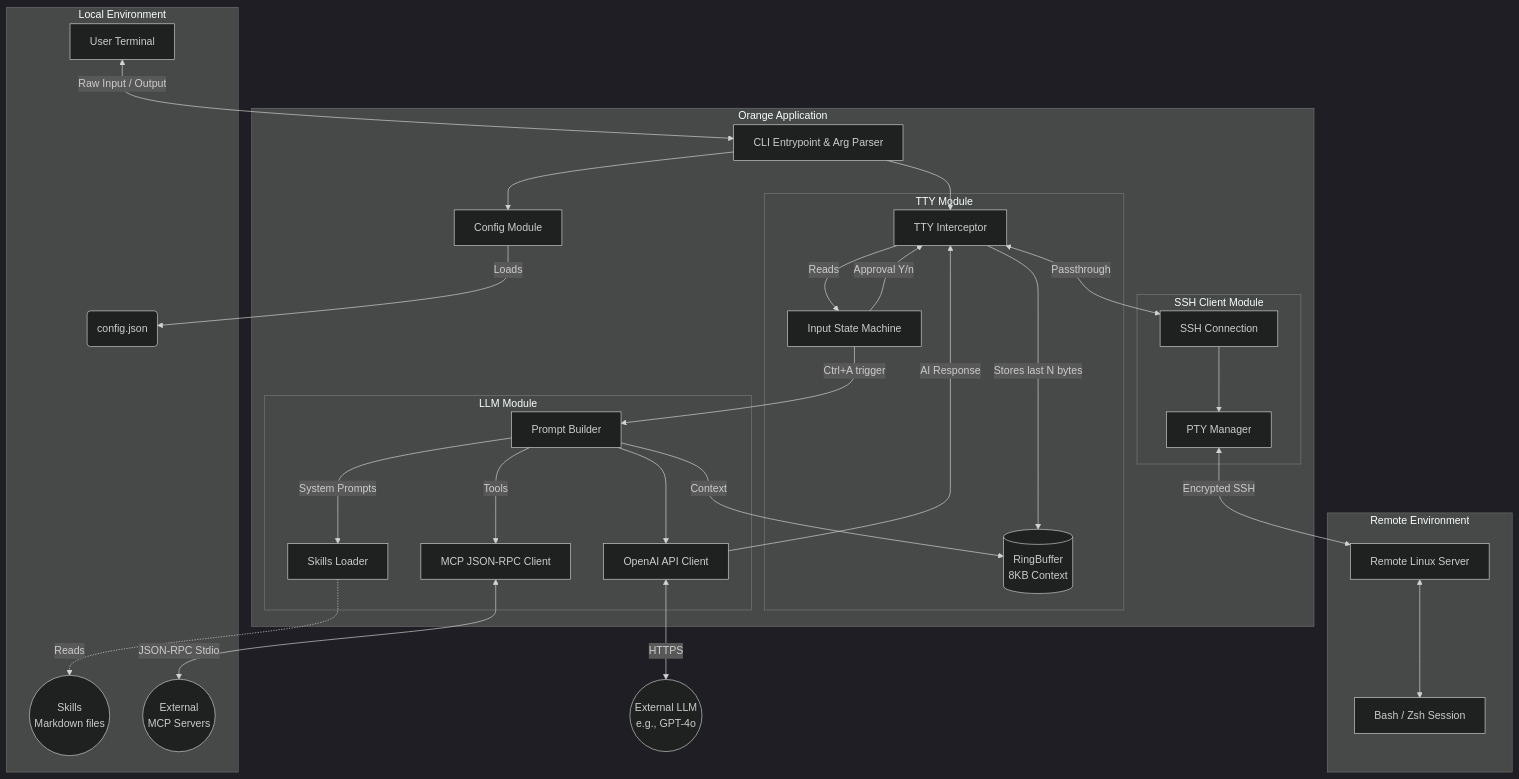
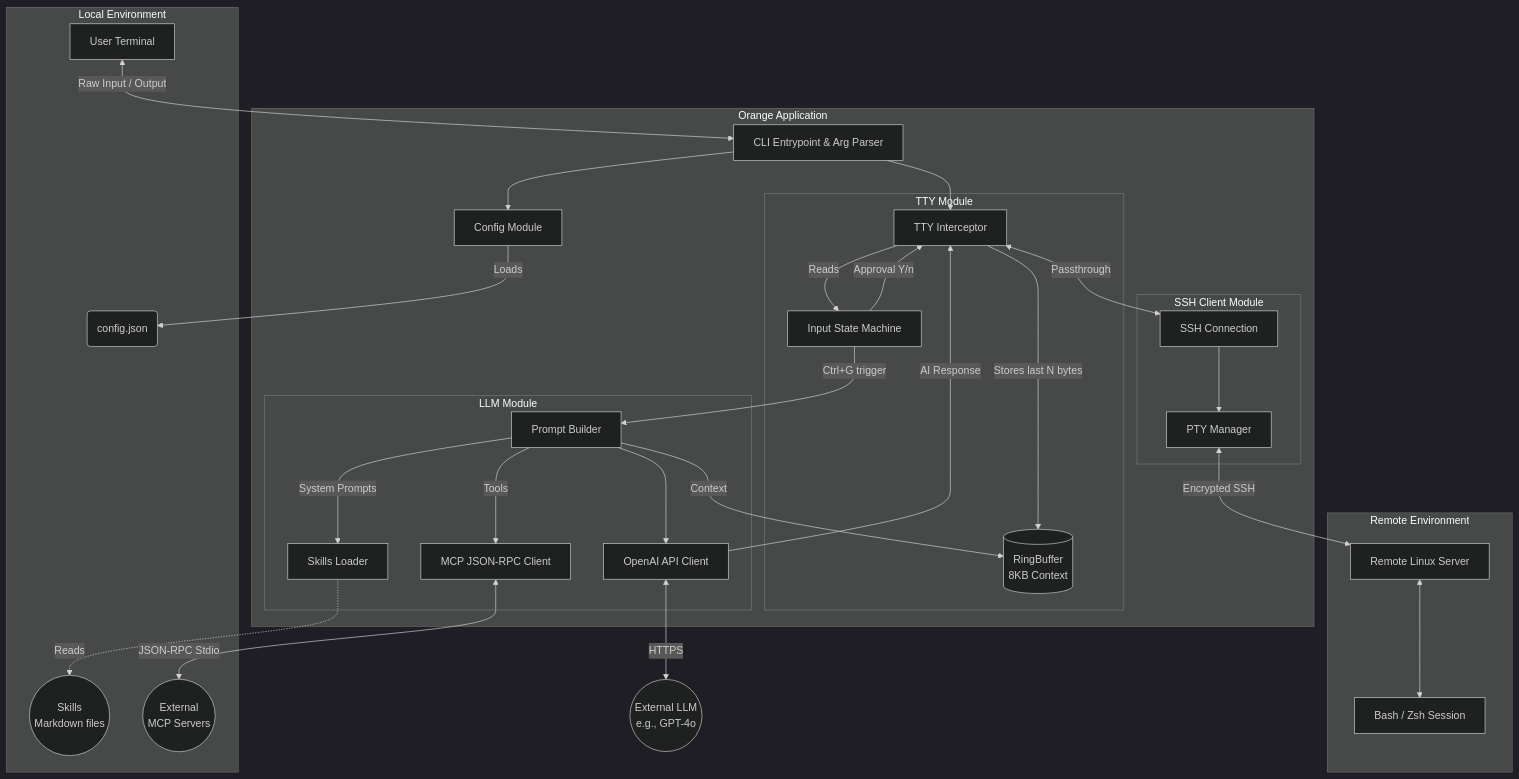
The first of 3 diagrams in doc/architecture.md (zxpbenson/orange), drawn with Mermaid (dark theme) before and after one commit. The commit also changed other lines of this file and 7 other files, not shown here.

````diff
--- a/doc/architecture.md
+++ b/doc/architecture.md
@@ -18,66 +18,66 @@
 ```mermaid
 graph TD
     subgraph Local Environment
         Terminal[User Terminal]
         Config(config.json)
         SkillsDir((Skills\nMarkdown files))
         MCPServers((External\nMCP Servers))
     end
 
     subgraph Orange Application
         CLI[CLI Entrypoint & Arg Parser]
         ConfigLoader[Config Module]
         
         subgraph TTY Module
             Interceptor[TTY Interceptor]
             RingBuffer[(RingBuffer\n8KB Context)]
             InputHandler[Input State Machine]
         end
 
         subgraph LLM Module
             PromptBuilder[Prompt Builder]
             HTTPClient[OpenAI API Client]
             SkillsLoader[Skills Loader]
             MCPClient[MCP JSON-RPC Client]
         end
 
         subgraph SSH Client Module
             SSHDialer[SSH Connection]
             PTYManager[PTY Manager]
         end
     end
 
     subgraph Remote Environment
         RemoteServer[Remote Linux Server]
         RemoteShell[Bash / Zsh Session]
     end
 
     %% Connections
     Terminal <-->|Raw Input / Output| CLI
     CLI --> ConfigLoader
     ConfigLoader -->|Loads| Config
     
     CLI --> Interceptor
     
     Interceptor -->|Reads| InputHandler
-    InputHandler -->|Ctrl+A trigger| PromptBuilder
+    InputHandler -->|Ctrl+G trigger| PromptBuilder
     Interceptor -->|Stores last N bytes| RingBuffer
     
     PromptBuilder -->|Context| RingBuffer
     PromptBuilder -->|System Prompts| SkillsLoader
     SkillsLoader -.->|Reads| SkillsDir
     
     PromptBuilder -->|Tools| MCPClient
     MCPClient <-->|JSON-RPC Stdio| MCPServers
     
     PromptBuilder --> HTTPClient
     HTTPClient <-->|HTTPS| ExternalLLM((External LLM\ne.g., GPT-4o))
     
     HTTPClient -->|AI Response| Interceptor
     InputHandler -->|Approval Y/n| Interceptor
     
     Interceptor <-->|Passthrough| SSHDialer
     SSHDialer --> PTYManager
     PTYManager <-->|Encrypted SSH| RemoteServer
     RemoteServer <--> RemoteShell
 ```
````
